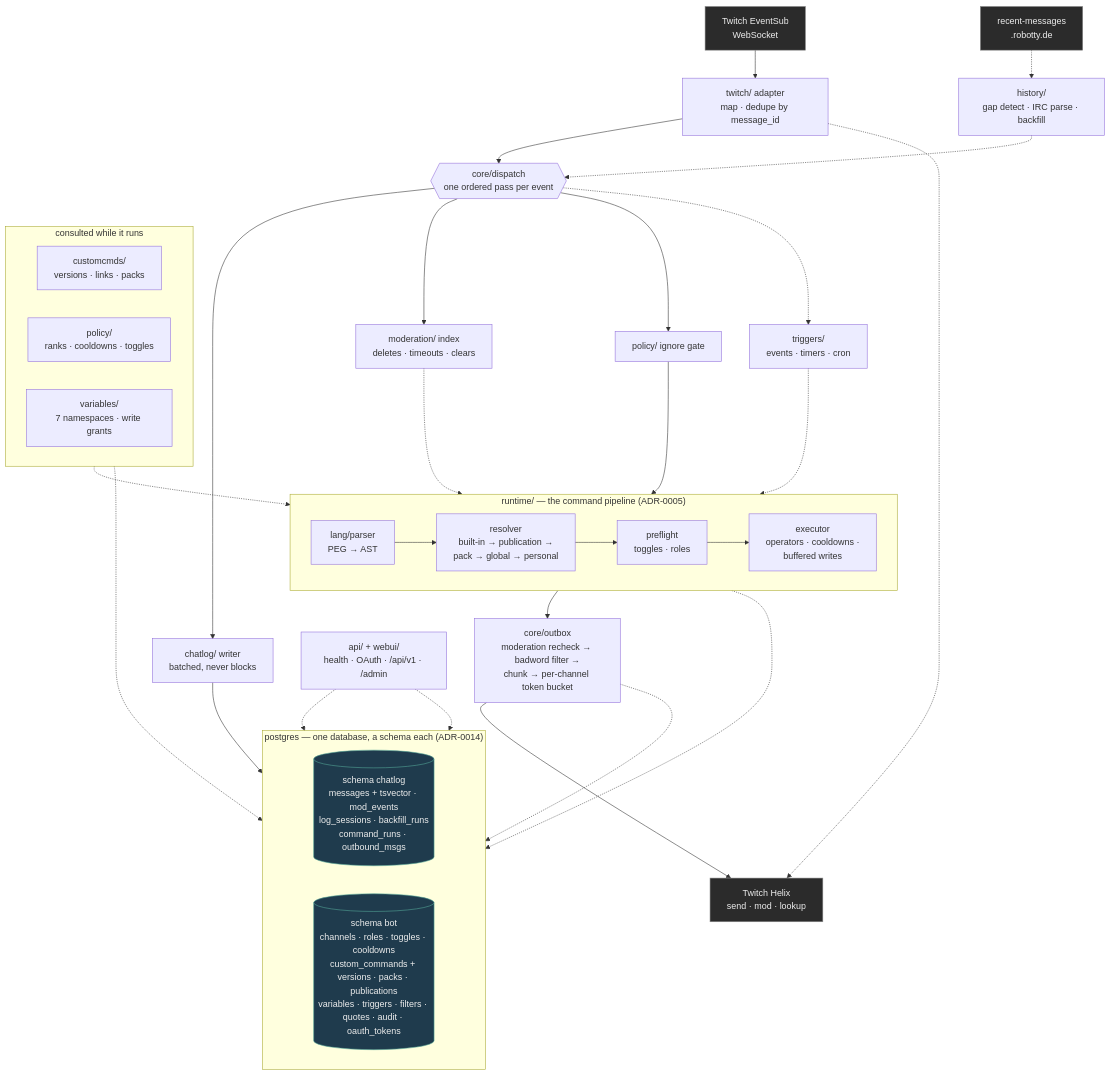
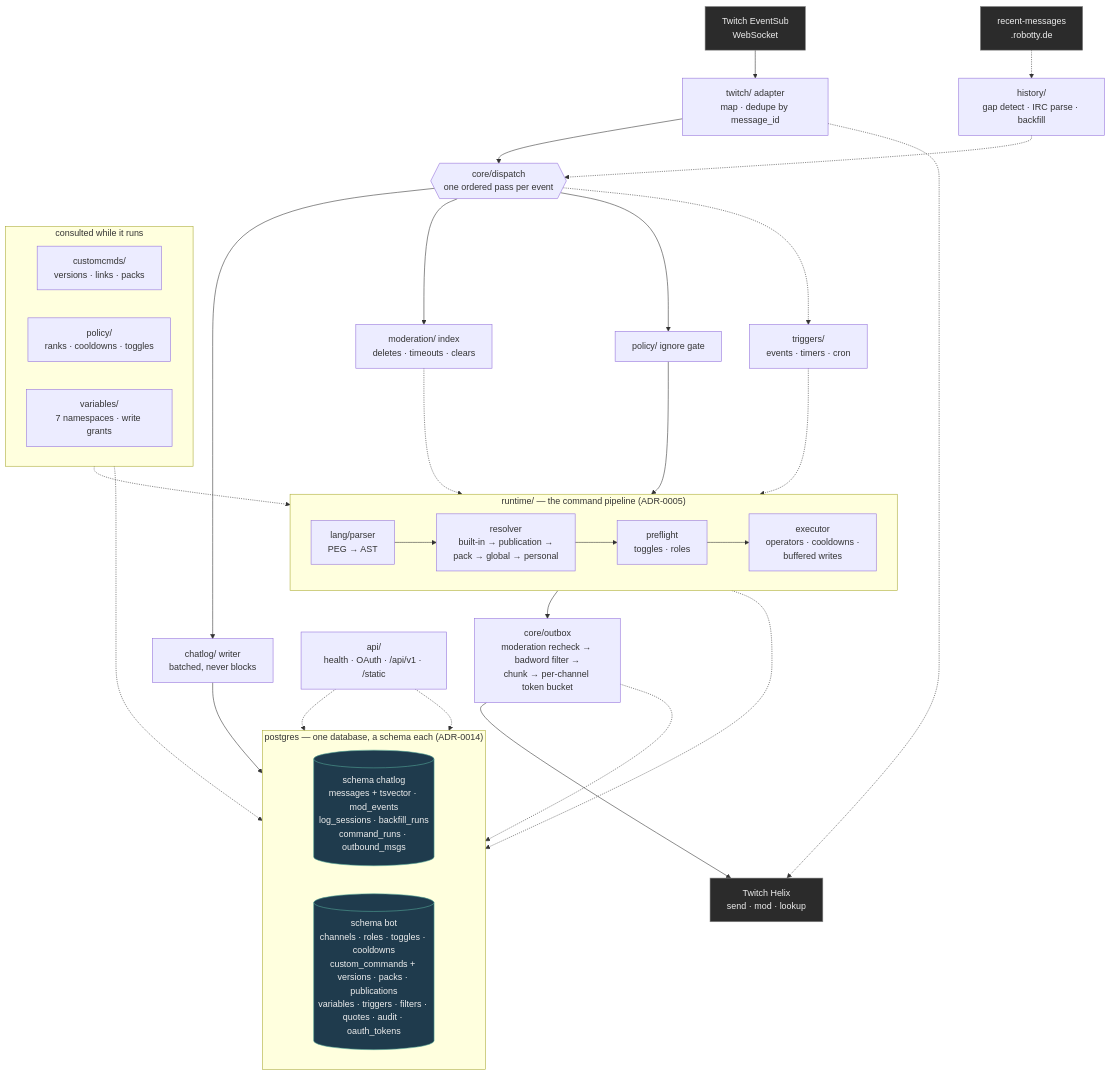
Before and after one commit to vEXOULZ/doomtp-bot: the first of 2 diagrams in docs/architecture.md, drawn with Mermaid. The commit also changed other lines of this file and 65 other files, not shown here.

````diff
--- a/docs/architecture.md
+++ b/docs/architecture.md
@@ -83,56 +83,56 @@
 ```mermaid
 flowchart TB
     classDef ext fill:#2b2b2b,stroke:#888,color:#eee
     classDef store fill:#1f3b4d,stroke:#5a9,color:#eee
 
     ES["Twitch EventSub<br/>WebSocket"]:::ext
     RM["recent-messages<br/>.robotty.de"]:::ext
 
     ES --> ADP["twitch/ adapter<br/>map · dedupe by message_id"]
     RM -.-> HIST["history/<br/>gap detect · IRC parse · backfill"]
 
     ADP --> DISP{{"core/dispatch<br/>one ordered pass per event"}}
     HIST -.-> DISP
 
     DISP --> LOG["chatlog/ writer<br/>batched, never blocks"]
     DISP --> MOD["moderation/ index<br/>deletes · timeouts · clears"]
     DISP --> IGN["policy/ ignore gate"]
     DISP -.-> TRG["triggers/<br/>events · timers · cron"]
 
     IGN --> RT
     TRG -.-> RT
 
     subgraph RT["runtime/ — the command pipeline (ADR-0005)"]
         direction LR
         PARSE["lang/parser<br/>PEG → AST"] --> RES["resolver<br/>built-in → publication →<br/>pack → global → personal"]
         RES --> PRE["preflight<br/>toggles · roles"]
         PRE --> EXEC["executor<br/>operators · cooldowns ·<br/>buffered writes"]
     end
 
     subgraph SVC["consulted while it runs"]
         direction LR
         CC["customcmds/<br/>versions · links · packs"]
         POL["policy/<br/>ranks · cooldowns · toggles"]
         VAR["variables/<br/>7 namespaces · write grants"]
     end
 
     SVC -.-> RT
     MOD -.-> RT
 
     RT --> OUT["core/outbox<br/>moderation recheck → badword filter →<br/>chunk → per-channel token bucket"]
     OUT --> HX["Twitch Helix<br/>send · mod · lookup"]:::ext
     ADP -.-> HX
 
     LOG --> CHAT
     OUT -.-> CHAT
     RT -.-> CHAT
     SVC -.-> BOT
-    API["api/ + webui/<br/>health · OAuth · /api/v1 · /admin"] -.-> BOT
+    API["api/<br/>health · OAuth · /api/v1 · /static"] -.-> BOT
     API -.-> CHAT
 
     subgraph DATA["postgres — one database, a schema each (ADR-0014)"]
         direction LR
         BOT[("schema bot<br/>channels · roles · toggles · cooldowns<br/>custom_commands + versions · packs · publications<br/>variables · triggers · filters · quotes · audit · oauth_tokens")]:::store
         CHAT[("schema chatlog<br/>messages + tsvector · mod_events<br/>log_sessions · backfill_runs<br/>command_runs · outbound_msgs")]:::store
     end
 ```
````
